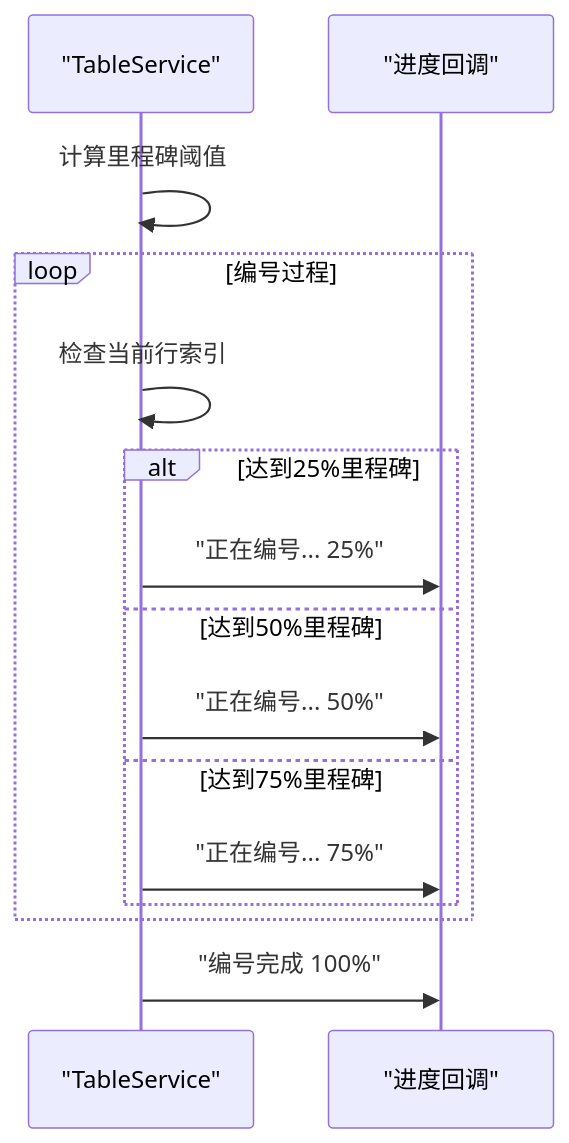
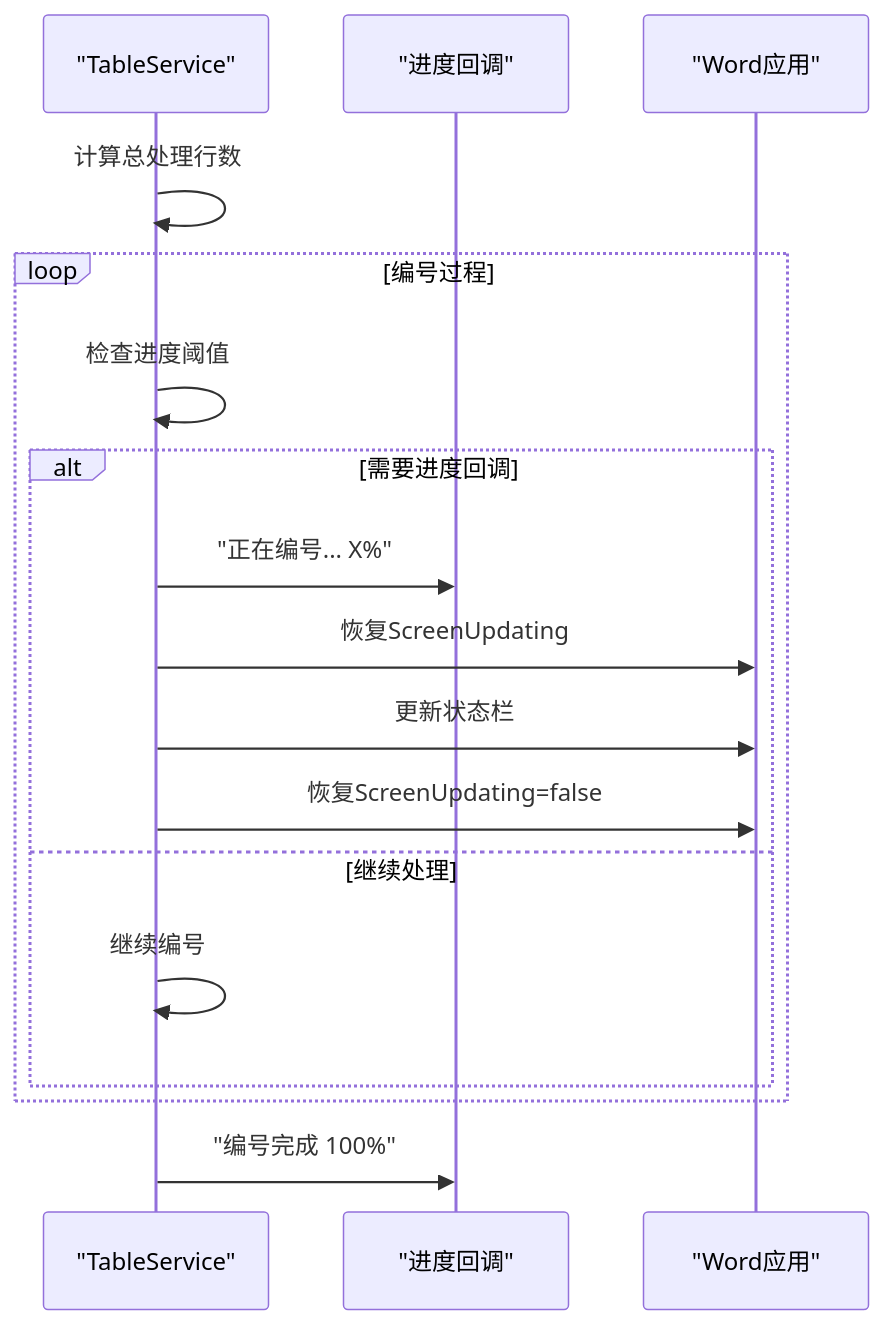
Before and after one commit to rainiva/WordTools: the sixth of 13 diagrams in .qoder/repowiki/zh/content/服务层/表格服务.md, drawn with Mermaid. The commit also changed other lines of this file and 6 other files, not shown here.

First line of the commit message:
perf: 内联编号+扫描优化+行准备加速+图片显示修复

````diff
--- a/.qoder/repowiki/zh/content/服务层/表格服务.md
+++ b/.qoder/repowiki/zh/content/服务层/表格服务.md
@@ -258,17 +295,19 @@
 ```mermaid
 sequenceDiagram
 participant TS as "TableService"
 participant Progress as "进度回调"
-TS->>TS : 计算里程碑阈值
+participant App as "Word应用"
+TS->>TS : 计算总处理行数
 loop 编号过程
-TS->>TS : 检查当前行索引
-alt 达到25%里程碑
-TS->>Progress : "正在编号... 25%"
-else 达到50%里程碑
-TS->>Progress : "正在编号... 50%"
-else 达到75%里程碑
-TS->>Progress : "正在编号... 75%"
+TS->>TS : 检查进度阈值
+alt 需要进度回调
+TS->>Progress : "正在编号... X%"
+TS->>App : 恢复ScreenUpdating
+TS->>App : 更新状态栏
+TS->>App : 恢复ScreenUpdating=false
+else 继续处理
+TS->>TS : 继续编号
 end
 end
 TS->>Progress : "编号完成 100%"
 ```
````
